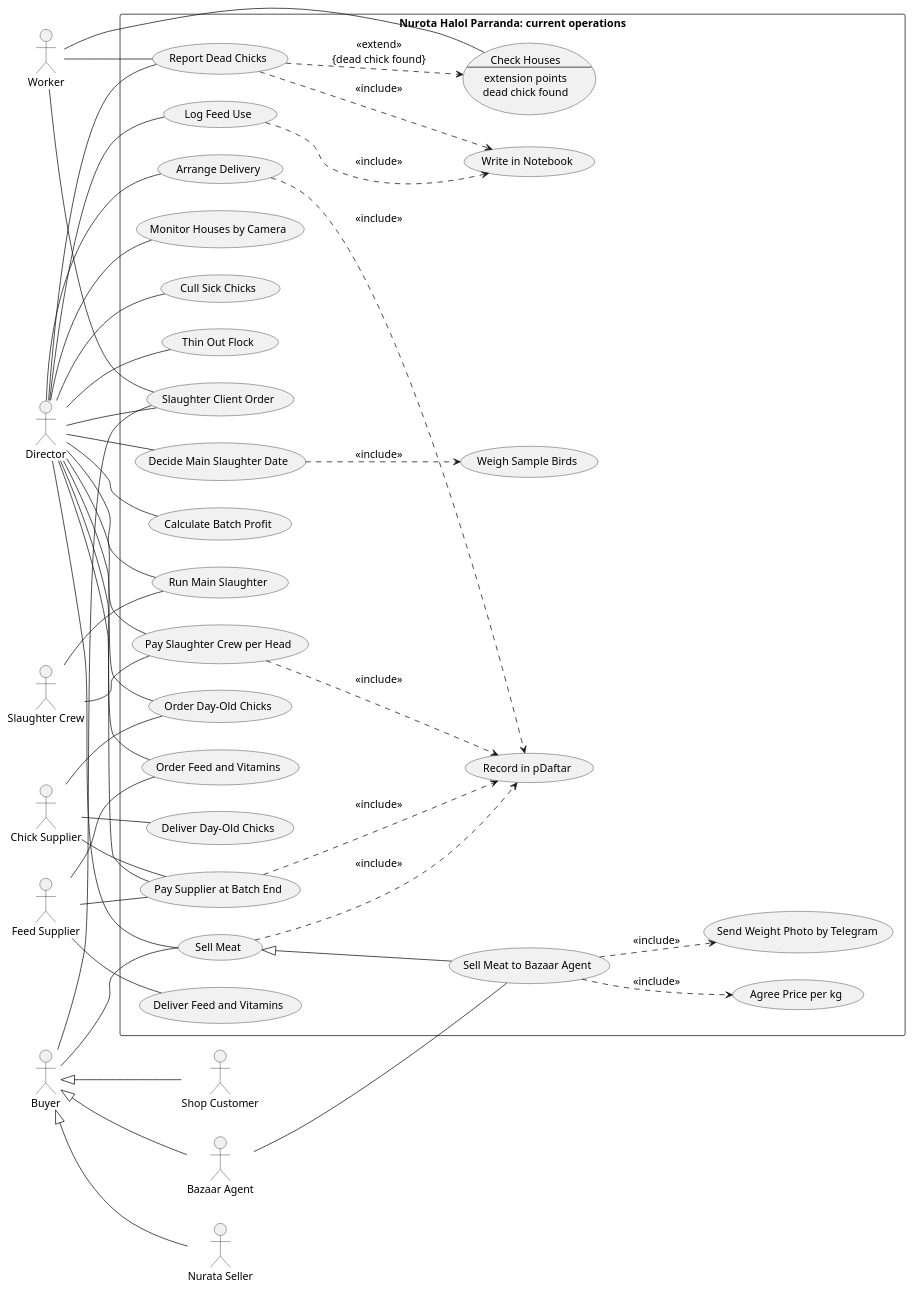
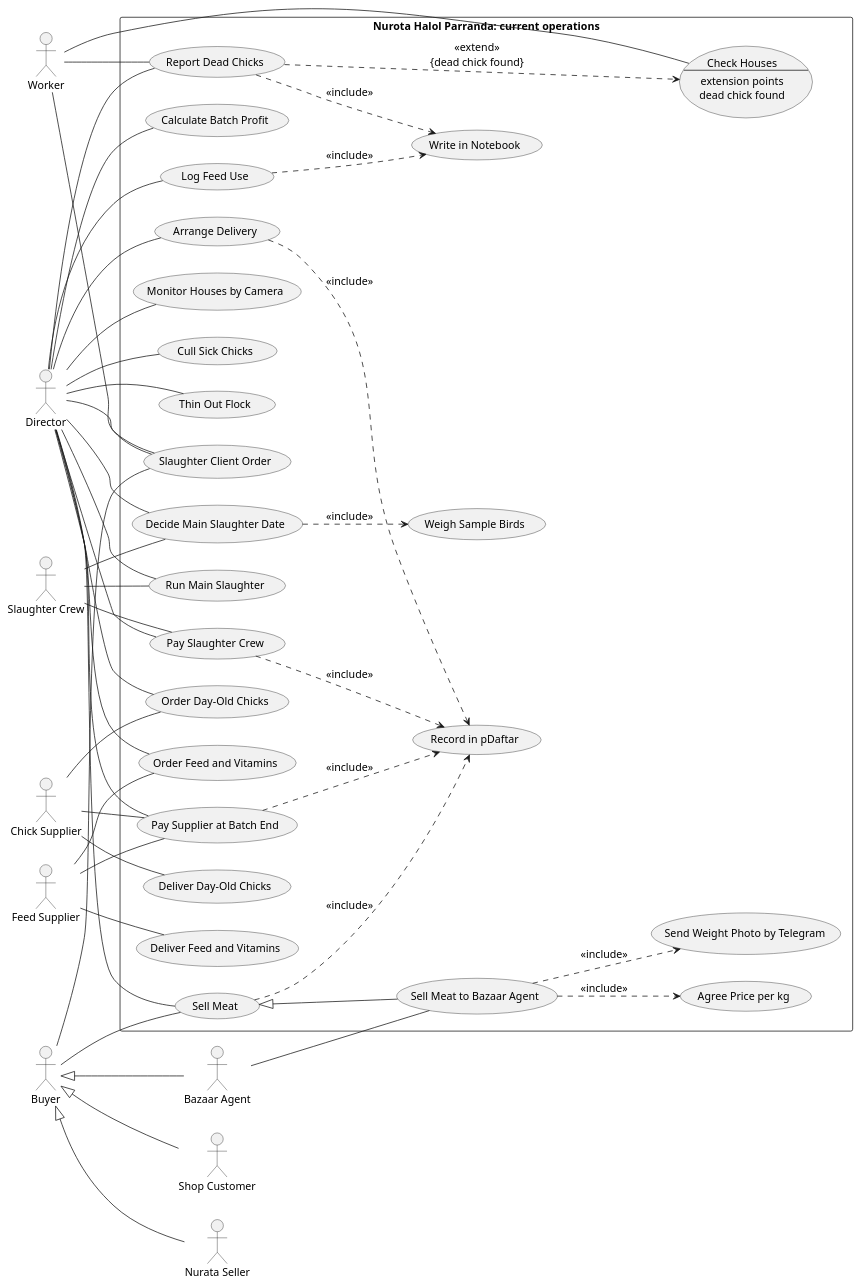
The diagram in diagrams/use-case-diagram.puml (MuzaffarNurillaew/sad), drawn with PlantUML before and after one commit. The commit also changed other lines of this file and 4 other files, not shown here.

First line of the commit message:
Revise use case diagram and use cases after assessor review

```diff
--- a/diagrams/use-case-diagram.puml
+++ b/diagrams/use-case-diagram.puml
@@ -8,84 +11,86 @@
 @startuml
 left to right direction
 skinparam packageStyle rectangle
 skinparam shadowing false
 skinparam defaultFontSize 14
 actor "Worker" as WK
 actor "Director" as DIR
 actor "Slaughter Crew" as CREW
 actor "Chick Supplier" as CSUP
 actor "Feed Supplier" as FSUP
 actor "Buyer" as BUY
 actor "Bazaar Agent" as BA
 actor "Nurata Seller" as NS
 actor "Shop Customer" as SHC
 rectangle "Nurota Halol Parranda: current operations" {
   usecase "Check Houses\n--\nextension points\ndead chick found" as CH
   usecase "Report Dead Chicks" as RD
   usecase "Log Feed Use" as LF
   usecase "Write in Notebook" as NB
   usecase "Monitor Houses by Camera" as MC
   usecase "Cull Sick Chicks" as CS
   usecase "Thin Out Flock" as TF
   usecase "Slaughter Client Order" as SC
   usecase "Decide Main Slaughter Date" as DS
   usecase "Weigh Sample Birds" as WS
   usecase "Run Main Slaughter" as MS
   usecase "Order Day-Old Chicks" as OC
   usecase "Deliver Day-Old Chicks" as DC
   usecase "Order Feed and Vitamins" as OF
   usecase "Deliver Feed and Vitamins" as DF
   usecase "Pay Supplier at Batch End" as PY
-  usecase "Pay Slaughter Crew per Head" as PC
+  usecase "Pay Slaughter Crew" as PC
   usecase "Record in pDaftar" as PD
   usecase "Calculate Batch Profit" as CP
   usecase "Arrange Delivery" as AD
   usecase "Sell Meat" as SM
   usecase "Sell Meat to Bazaar Agent" as SMBA
   usecase "Agree Price per kg" as AP
   usecase "Send Weight Photo by Telegram" as WP
 }
-WK -- CH
+WK -- RD
 WK -- SC
-WK -- RD
 DIR -- RD
 DIR -- LF
 DIR -- MC
+DIR -- CS
+DIR -- TF
+DIR -- CP
 DIR -- OC
 DIR -- OF
 DIR -- PY
-DIR -- SC
-DIR -- CS
-DIR -- TF
 DIR -- DS
 DIR -- MS
 DIR -- PC
+DIR -- SC
 DIR -- AD
 DIR -- SM
-DIR -- CP
 RD ..> CH : <<extend>>\n{dead chick found}
 RD ..> NB : <<include>>
 LF ..> NB : <<include>>
 PY ..> PD : <<include>>
 PC ..> PD : <<include>>
 AD ..> PD : <<include>>
 SM ..> PD : <<include>>
 DS ..> WS : <<include>>
 SM <|-- SMBA
 SMBA ..> AP : <<include>>
 SMBA ..> WP : <<include>>
 CSUP -- OC
 CSUP -- DC
 CSUP -- PY
 FSUP -- OF
 FSUP -- DF
 FSUP -- PY
 CREW -- MS
+CREW -- DS
 CREW -- PC
 BUY -- SM
 BUY -- SC
 BA -- SMBA
 BUY <|-- BA
 BUY <|-- NS
 BUY <|-- SHC
+NB -[hidden]- CH
+CH -- WK
 @enduml
```
